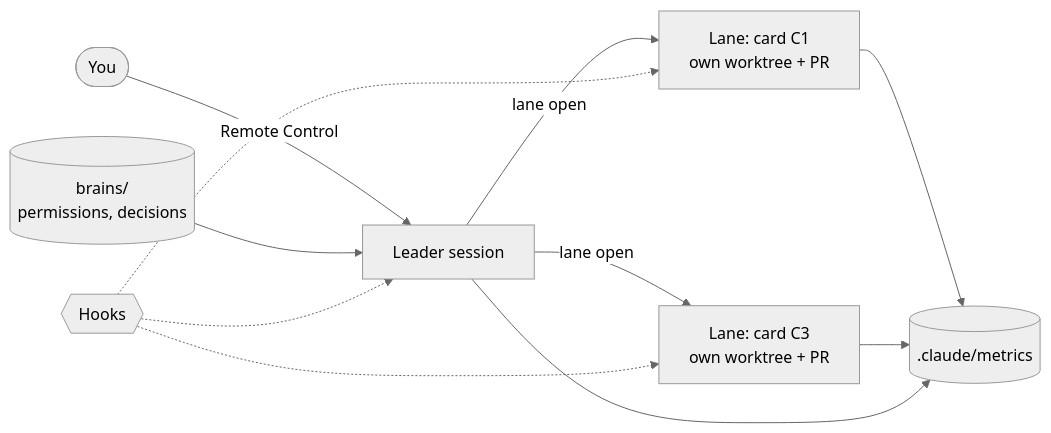
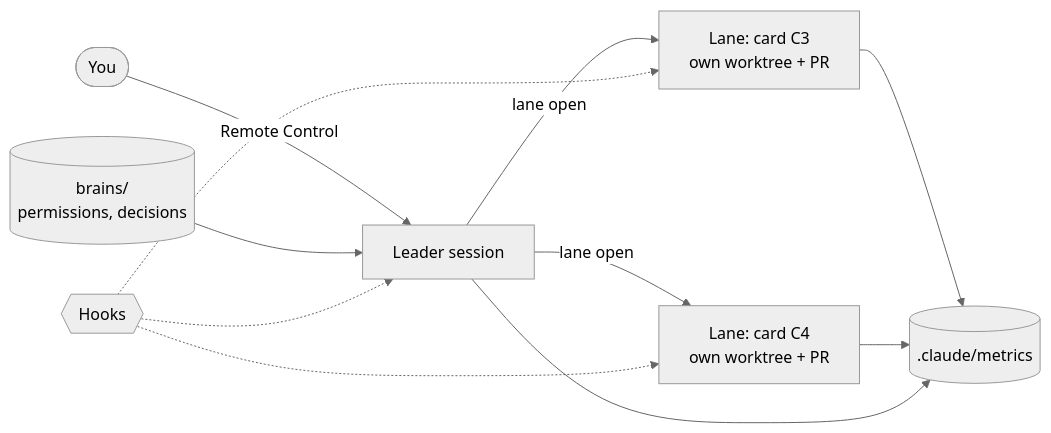
Before and after one commit to trungungtoan-agilityio/AgiAgentKit: the diagram in README.md, drawn with Mermaid (neutral theme). The commit also changed other lines of this file and 26 other files, not shown here.

````diff
--- a/README.md
+++ b/README.md
@@ -47,13 +47,13 @@
 ```mermaid
 flowchart LR
   Owner([You]) -- Remote Control --> Leader[Leader session]
-  Leader -- lane open --> L1[Lane: card C1<br/>own worktree + PR]
-  Leader -- lane open --> L2[Lane: card C3<br/>own worktree + PR]
+  Leader -- lane open --> L1[Lane: card C3<br/>own worktree + PR]
+  Leader -- lane open --> L2[Lane: card C4<br/>own worktree + PR]
   Brains[(brains/<br/>permissions, decisions)] --> Leader
   Hooks{{Hooks}} -.-> L1
   Hooks -.-> L2
   Hooks -.-> Leader
   L1 --> Metrics[(.claude/metrics)]
   L2 --> Metrics
   Leader --> Metrics
 ```
````
